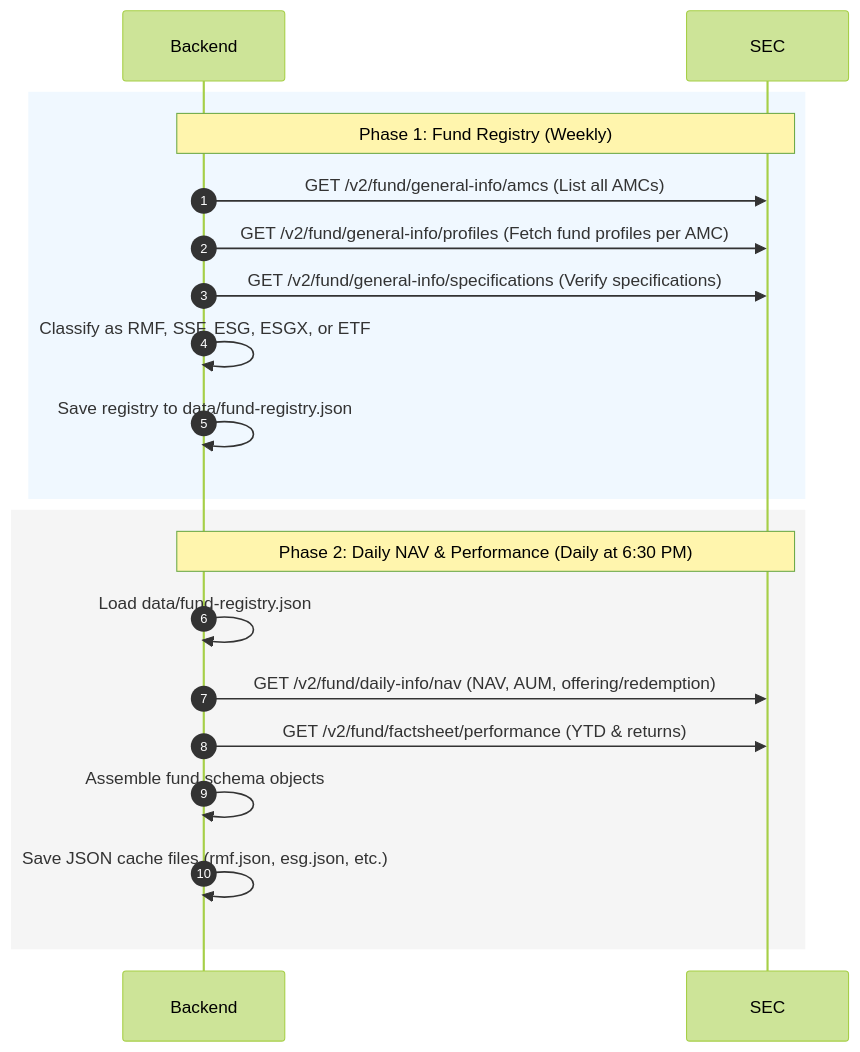
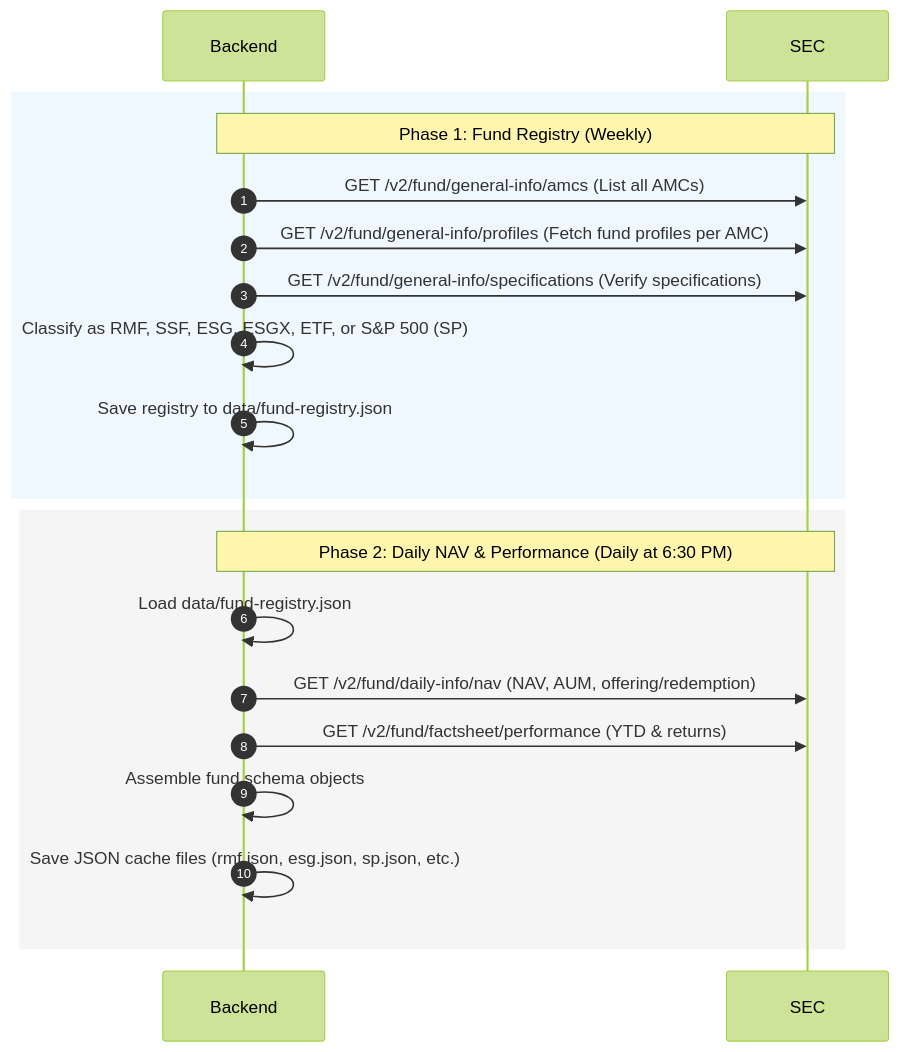
Before and after one commit to zr0aces/SarnFund: the second of 2 diagrams in docs/architecture.md, drawn with Mermaid (forest theme). The commit also changed other lines of this file and 20 other files, not shown here.

````diff
--- a/docs/architecture.md
+++ b/docs/architecture.md
@@ -27,21 +27,21 @@
 ```mermaid
 sequenceDiagram
     autonumber
     rect rgb(240, 248, 255)
     Note over Backend, SEC: Phase 1: Fund Registry (Weekly)
     Backend->>SEC: GET /v2/fund/general-info/amcs (List all AMCs)
     Backend->>SEC: GET /v2/fund/general-info/profiles (Fetch fund profiles per AMC)
     Backend->>SEC: GET /v2/fund/general-info/specifications (Verify specifications)
-    Backend->>Backend: Classify as RMF, SSF, ESG, ESGX, or ETF
+    Backend->>Backend: Classify as RMF, SSF, ESG, ESGX, ETF, or S&P 500 (SP)
     Backend->>Backend: Save registry to data/fund-registry.json
     end
     
     rect rgb(245, 245, 245)
     Note over Backend, SEC: Phase 2: Daily NAV & Performance (Daily at 6:30 PM)
     Backend->>Backend: Load data/fund-registry.json
     Backend->>SEC: GET /v2/fund/daily-info/nav (NAV, AUM, offering/redemption)
     Backend->>SEC: GET /v2/fund/factsheet/performance (YTD & returns)
     Backend->>Backend: Assemble fund schema objects
-    Backend->>Backend: Save JSON cache files (rmf.json, esg.json, etc.)
+    Backend->>Backend: Save JSON cache files (rmf.json, esg.json, sp.json, etc.)
     end
 ```
````
